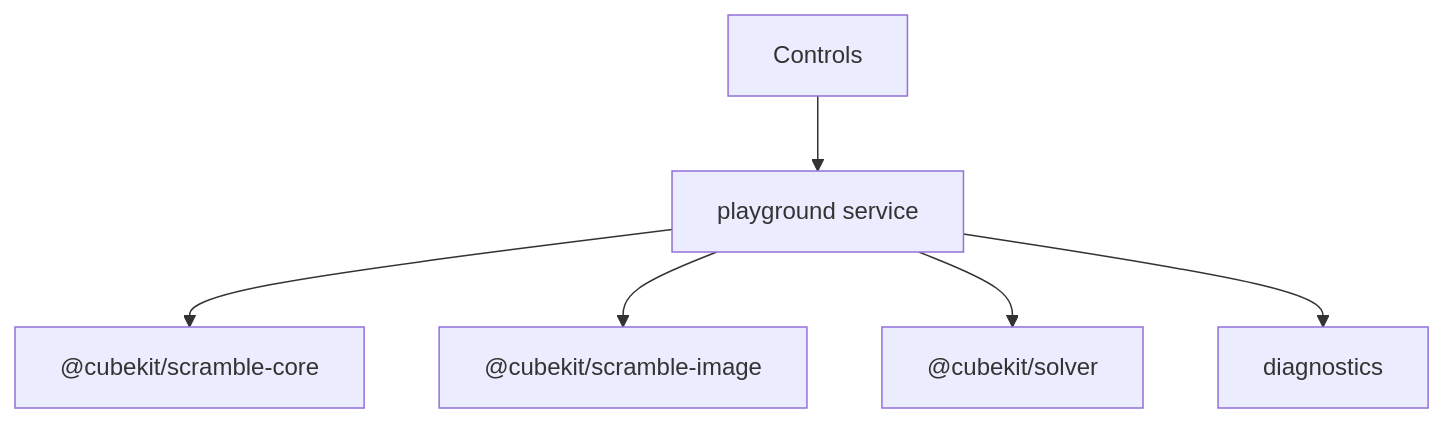
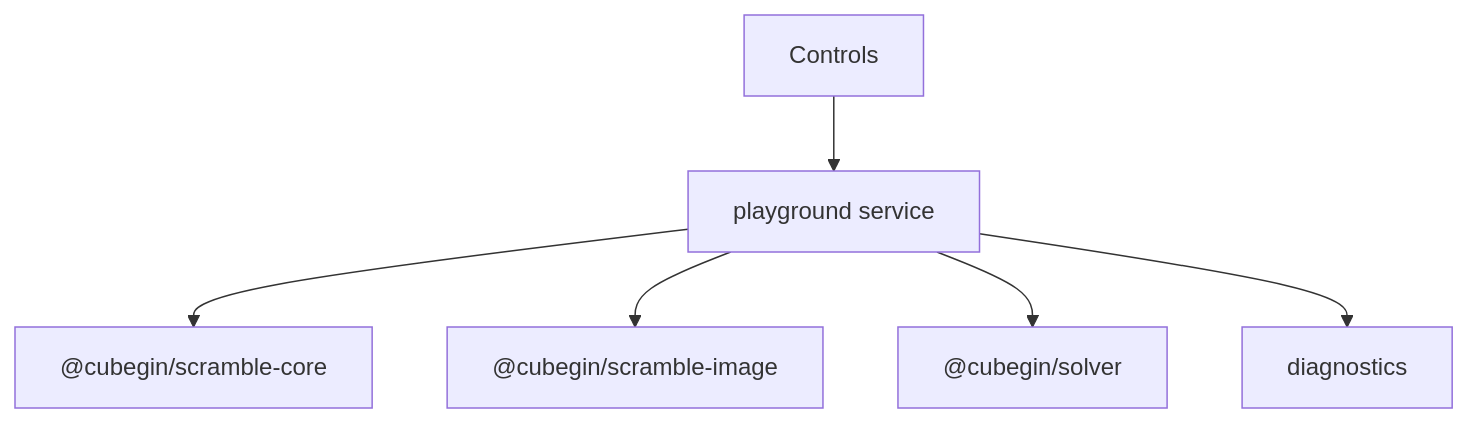
One commit to deweyou/cube-kit changed the diagram in docs/apps/playground/index.md. Above: the diagram before and after it, drawn with Mermaid. The commit also changed other lines of this file and 164 other files, not shown here.

````diff
--- a/docs/apps/playground/index.md
+++ b/docs/apps/playground/index.md
@@ -3,8 +3,8 @@
 ```mermaid
 flowchart TD
     Controls["Controls"] --> Service["playground service"]
-    Service --> Core["@cubekit/scramble-core"]
-    Service --> Image["@cubekit/scramble-image"]
-    Service --> Solver["@cubekit/solver"]
+    Service --> Core["@cubegin/scramble-core"]
+    Service --> Image["@cubegin/scramble-image"]
+    Service --> Solver["@cubegin/solver"]
     Service --> Diagnostics["diagnostics"]
 ```
````
